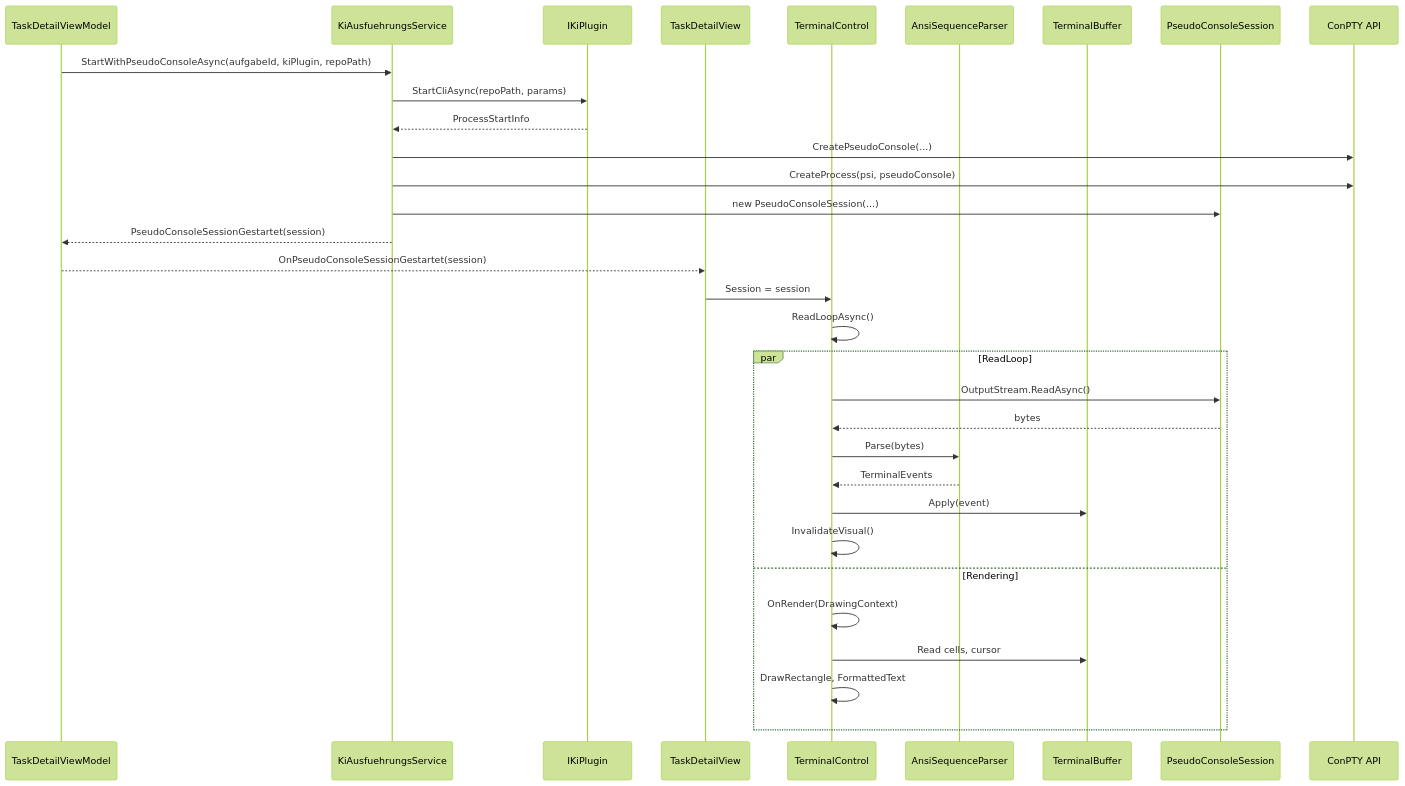
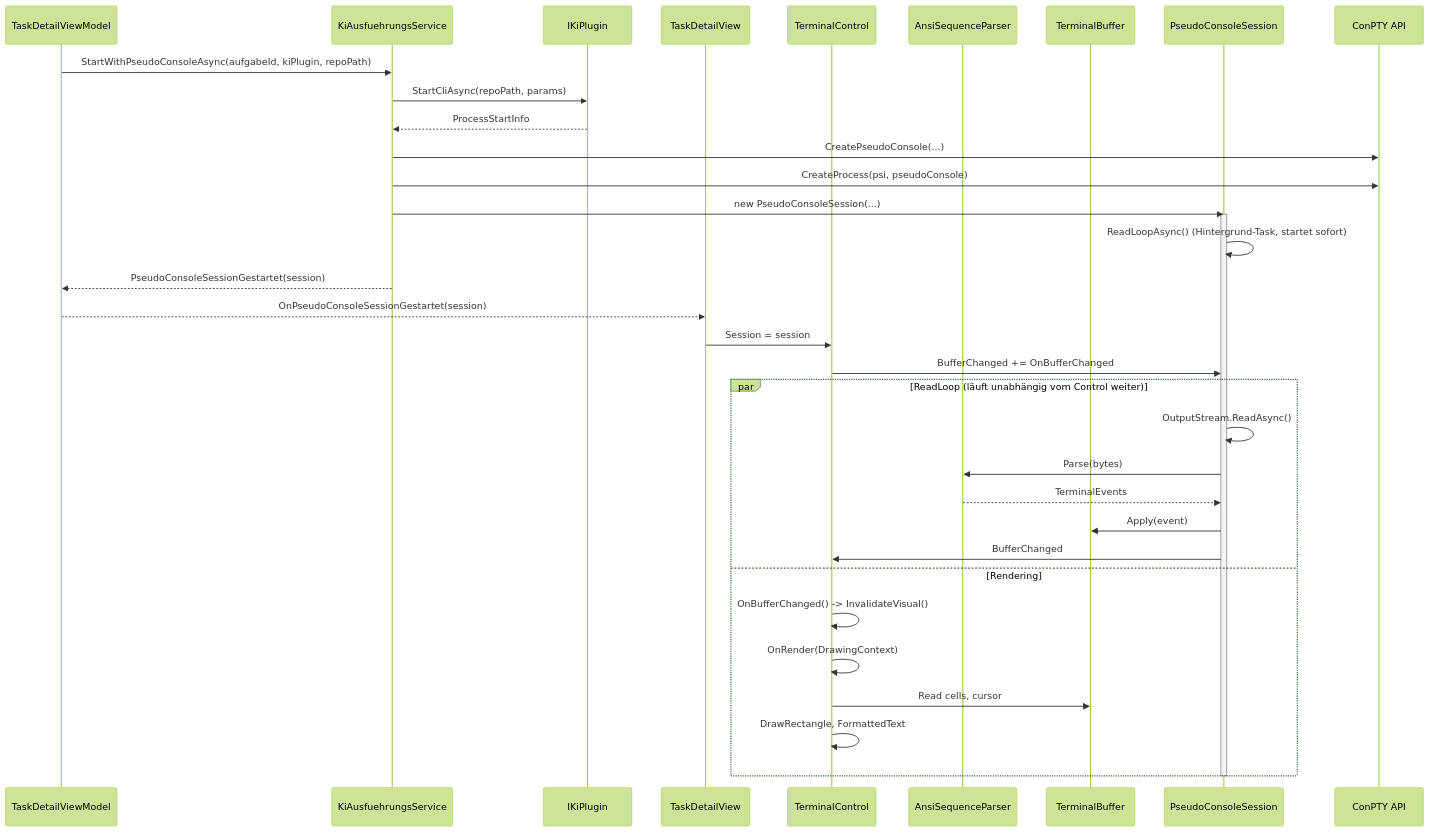
One commit to martin-stromberg/Softwareschmiede changed the diagram in docs/help/terminal/ablauf-technisch.md. Above: the diagram before and after it, drawn with Mermaid (forest theme). The commit also changed other lines of this file and 35 other files, not shown here.

````diff
--- a/docs/help/terminal/ablauf-technisch.md
+++ b/docs/help/terminal/ablauf-technisch.md
@@ -115,35 +127,38 @@
 ```mermaid
 sequenceDiagram
     participant VM as TaskDetailViewModel
     participant SVC as KiAusfuehrungsService
     participant PLUGIN as IKiPlugin
     participant VIEW as TaskDetailView
     participant CTRL as TerminalControl
     participant PARSER as AnsiSequenceParser
     participant BUF as TerminalBuffer
     participant SESSION as PseudoConsoleSession
     participant WIN32 as ConPTY API
 
     VM->>SVC: StartWithPseudoConsoleAsync(aufgabeId, kiPlugin, repoPath)
     SVC->>PLUGIN: StartCliAsync(repoPath, params)
     PLUGIN-->>SVC: ProcessStartInfo
     SVC->>WIN32: CreatePseudoConsole(...)
     SVC->>WIN32: CreateProcess(psi, pseudoConsole)
     SVC->>SESSION: new PseudoConsoleSession(...)
+    activate SESSION
+    SESSION->>SESSION: ReadLoopAsync() (Hintergrund-Task, startet sofort)
     SVC-->>VM: PseudoConsoleSessionGestartet(session)
     VM-->>VIEW: OnPseudoConsoleSessionGestartet(session)
     VIEW->>CTRL: Session = session
-    CTRL->>CTRL: ReadLoopAsync()
-    par ReadLoop
-        CTRL->>SESSION: OutputStream.ReadAsync()
-        SESSION-->>CTRL: bytes
-        CTRL->>PARSER: Parse(bytes)
-        PARSER-->>CTRL: TerminalEvents
-        CTRL->>BUF: Apply(event)
-        CTRL->>CTRL: InvalidateVisual()
+    CTRL->>SESSION: BufferChanged += OnBufferChanged
+    par ReadLoop (läuft unabhängig vom Control weiter)
+        SESSION->>SESSION: OutputStream.ReadAsync()
+        SESSION->>PARSER: Parse(bytes)
+        PARSER-->>SESSION: TerminalEvents
+        SESSION->>BUF: Apply(event)
+        SESSION->>CTRL: BufferChanged
     and Rendering
+        CTRL->>CTRL: OnBufferChanged() -> InvalidateVisual()
         CTRL->>CTRL: OnRender(DrawingContext)
         CTRL->>BUF: Read cells, cursor
         CTRL->>CTRL: DrawRectangle, FormattedText
     end
+    deactivate SESSION
 ```
````
